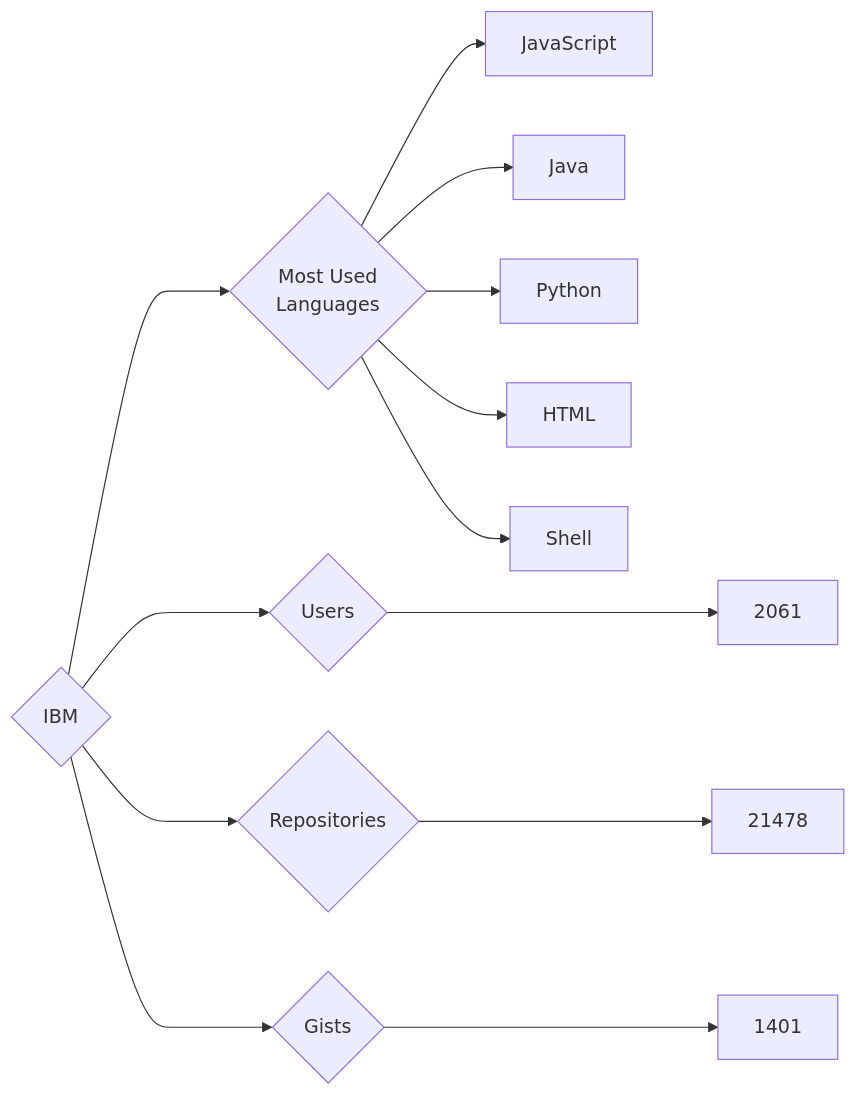
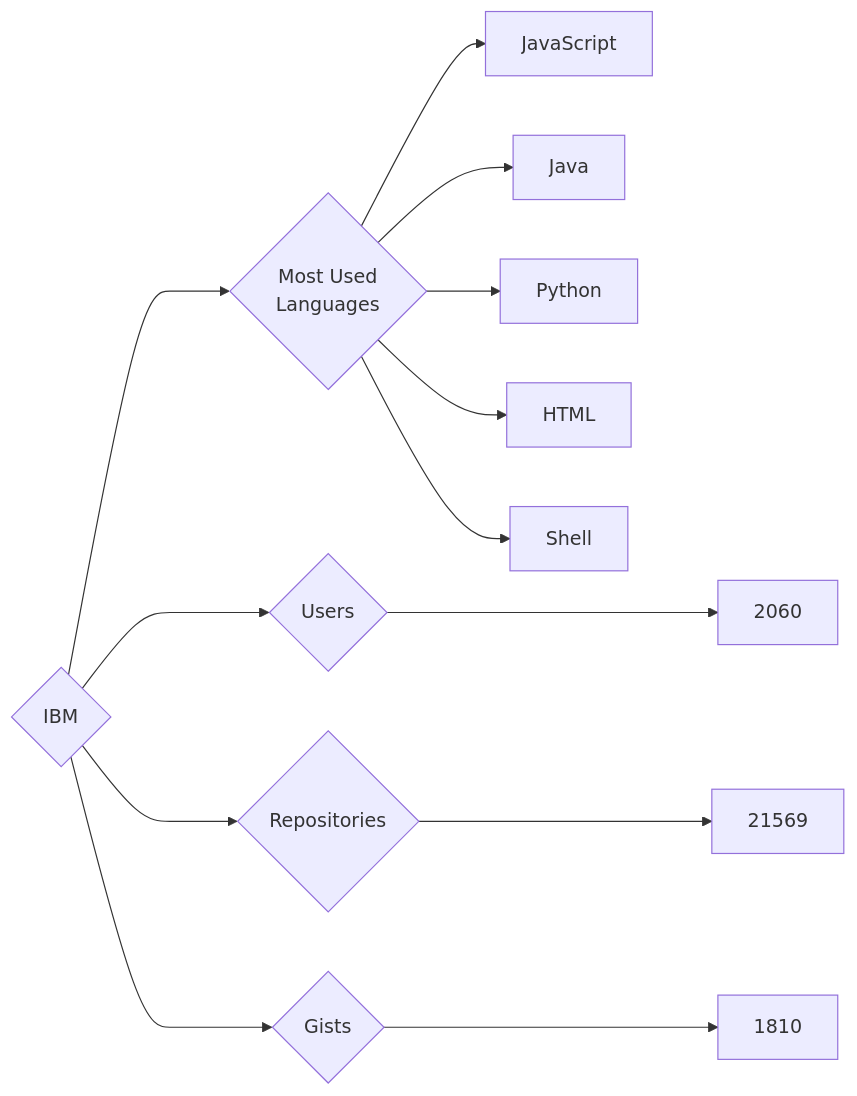
The diagram in targets/IBM/README.md (trickest/insiders), drawn with Mermaid before and after one commit. The commit also changed 965 other files, not shown here.

````diff
--- a/targets/IBM/README.md
+++ b/targets/IBM/README.md
@@ -3,13 +3,13 @@
 ```mermaid
 graph LR
 COMPANY_NAME{IBM}
-COMPANY_NAME ---> U{Users} ---> UN[2061]
-COMPANY_NAME ---> R{Repositories} ---> RN[21478]
-COMPANY_NAME ---> G{Gists} ---> GN[1401]
+COMPANY_NAME ---> U{Users} ---> UN[2060]
+COMPANY_NAME ---> R{Repositories} ---> RN[21569]
+COMPANY_NAME ---> G{Gists} ---> GN[1810]
 COMPANY_NAME ---> ML{Most Used<br>Languages}
 ML --> JavaScript[JavaScript]
 ML --> Java[Java]
 ML --> Python[Python]
 ML --> HTML[HTML]
 ML --> Shell[Shell]
 ```
````
